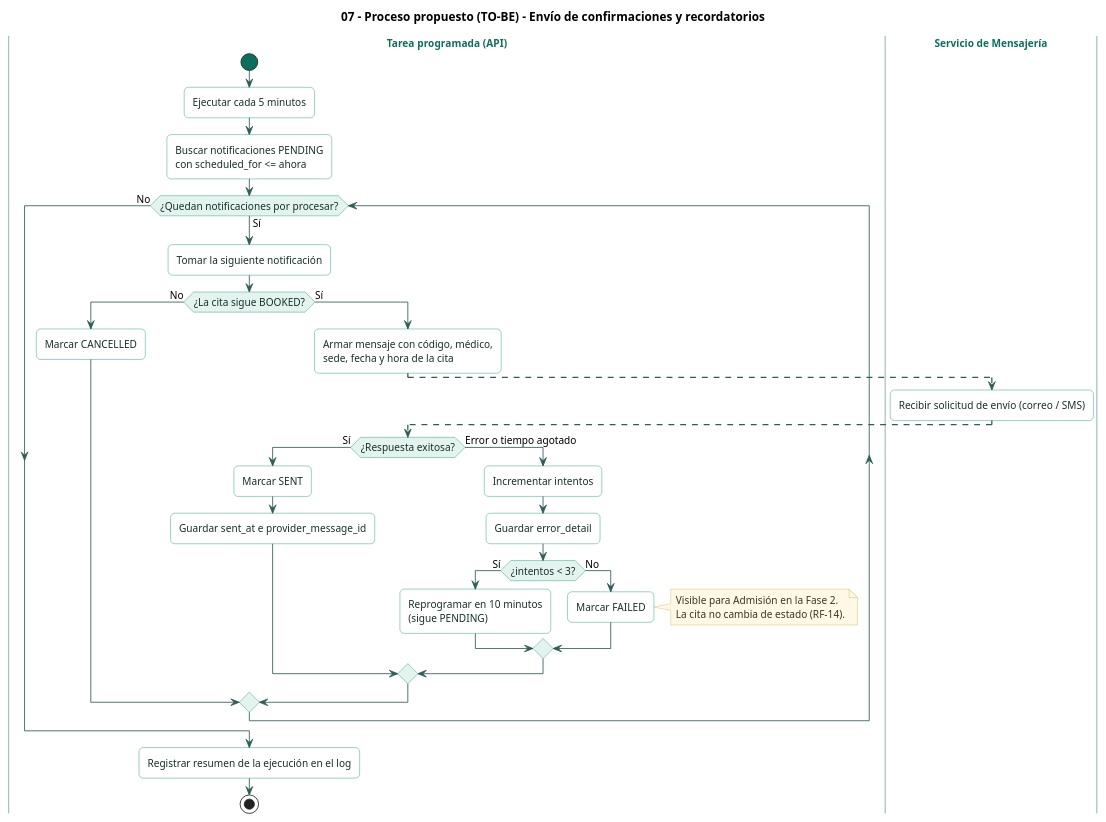
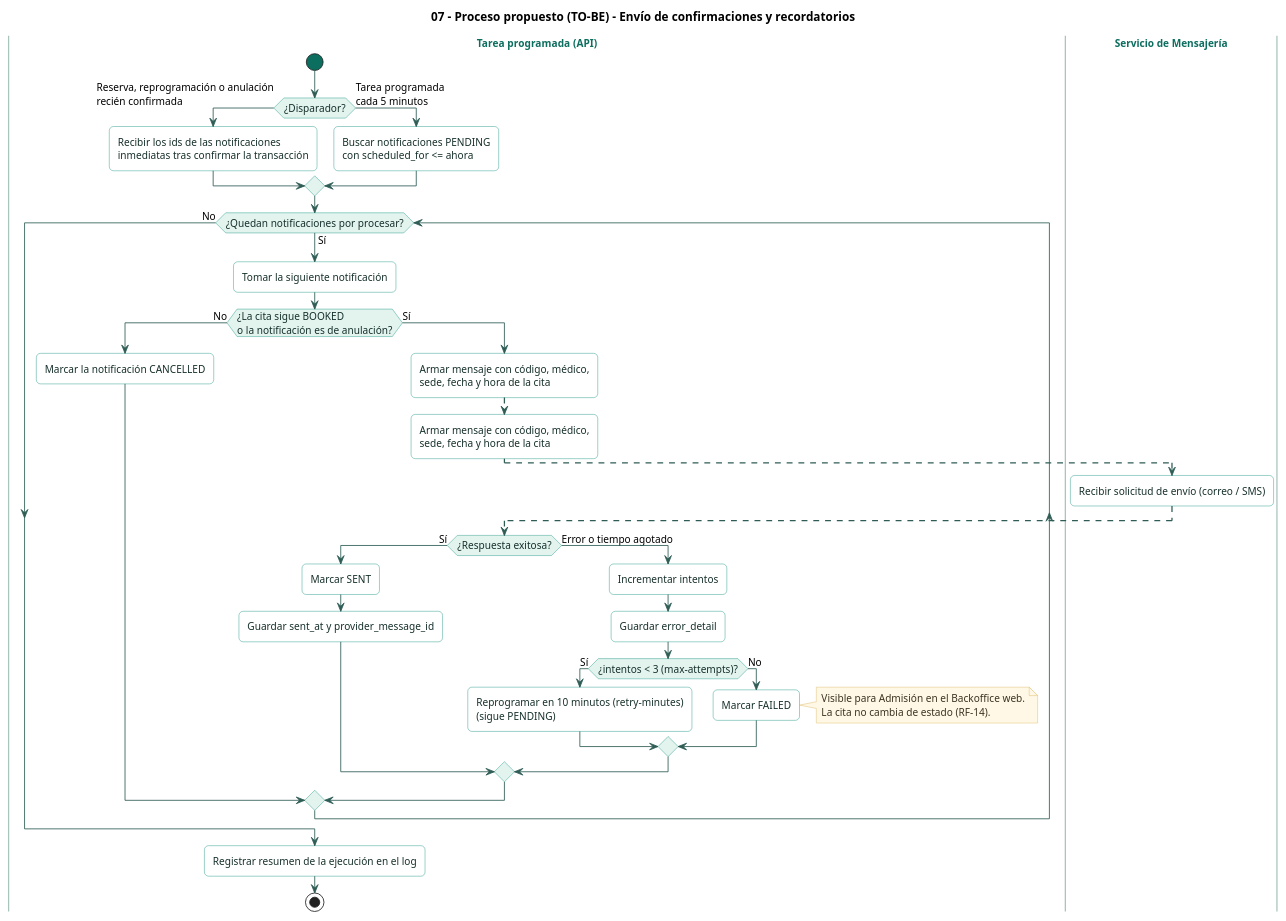
Before and after one commit to Jimena-CC/ProyectoCitasMedicas: the diagram in docs/diagrams/07-process-notifications.puml, drawn with PlantUML. The commit also changed 19 other files, not shown here.

```diff
--- a/docs/diagrams/07-process-notifications.puml
+++ b/docs/diagrams/07-process-notifications.puml
@@ -1,68 +1,77 @@
 @startuml
 title 07 - Proceso propuesto (TO-BE) - Envío de confirmaciones y recordatorios
 
 skinparam shadowing false
 skinparam roundCorner 10
 skinparam defaultFontName "Helvetica"
 skinparam defaultFontSize 12
 skinparam ArrowColor #2F5D56
 skinparam SwimlaneBorderColor #A9C4BD
 skinparam SwimlaneTitleFontColor #0C6E5F
 skinparam SwimlaneTitleFontStyle bold
 skinparam activity {
   BackgroundColor #FFFFFF
   BorderColor #13917D
   FontColor #17302B
   DiamondBackgroundColor #E3F4EF
   DiamondBorderColor #13917D
   StartColor #0C6E5F
   EndColor #0C6E5F
 }
 skinparam note {
   BackgroundColor #FFF8E6
   BorderColor #D9B45A
   FontColor #3D3321
 }
 
 |Tarea programada (API)|
 |Servicio de Mensajería|
 
 |Tarea programada (API)|
+|Servicio de Mensajería|
+
+|Tarea programada (API)|
 start
-:Ejecutar cada 5 minutos;
-:Buscar notificaciones PENDING\ncon scheduled_for <= ahora;
+if (¿Disparador?) then (Reserva, reprogramación o anulación\nrecién confirmada)
+  :Recibir los ids de las notificaciones\ninmediatas tras confirmar la transacción;
+else (Tarea programada\ncada 5 minutos)
+  :Buscar notificaciones PENDING\ncon scheduled_for <= ahora;
+endif
 
 while (¿Quedan notificaciones por procesar?) is (Sí)
   :Tomar la siguiente notificación;
-  if (¿La cita sigue BOOKED?) then (No)
-    :Marcar CANCELLED;
+  if (¿La cita sigue BOOKED\no la notificación es de anulación?) then (No)
+    :Marcar la notificación CANCELLED;
   else (Sí)
+    :Armar mensaje con código, médico,\nsede, fecha y hora de la cita;
+    -[#2F5D56,dashed]->
     :Armar mensaje con código, médico,\nsede, fecha y hora de la cita;
     -[#2F5D56,dashed]->
     |Servicio de Mensajería|
     :Recibir solicitud de envío (correo / SMS);
     -[#2F5D56,dashed]->
+    -[#2F5D56,dashed]->
     |Tarea programada (API)|
     if (¿Respuesta exitosa?) then (Sí)
       :Marcar SENT;
-      :Guardar sent_at e provider_message_id;
+      :Guardar sent_at y provider_message_id;
     else (Error o tiempo agotado)
       :Incrementar intentos;
       :Guardar error_detail;
-      if (¿intentos < 3?) then (Sí)
-        :Reprogramar en 10 minutos\n(sigue PENDING);
+      if (¿intentos < 3 (max-attempts)?) then (Sí)
+        :Reprogramar en 10 minutos (retry-minutes)\n(sigue PENDING);
       else (No)
         :Marcar FAILED;
         note right
-          Visible para Admisión en la Fase 2.
+          Visible para Admisión en el Backoffice web.
           La cita no cambia de estado (RF-14).
         end note
       endif
     endif
   endif
 endwhile (No)
 
 :Registrar resumen de la ejecución en el log;
 stop
 
 @enduml
```
